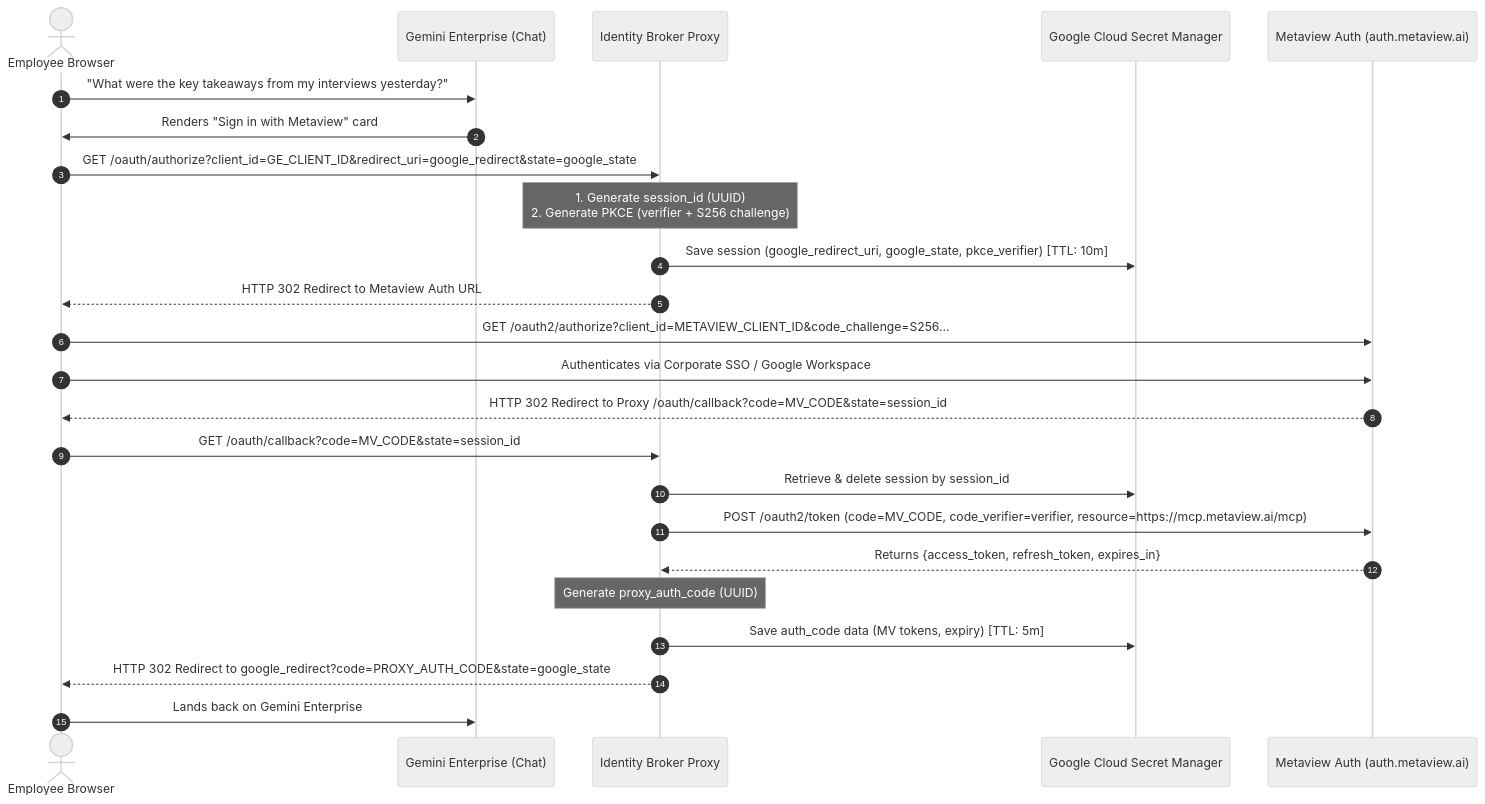
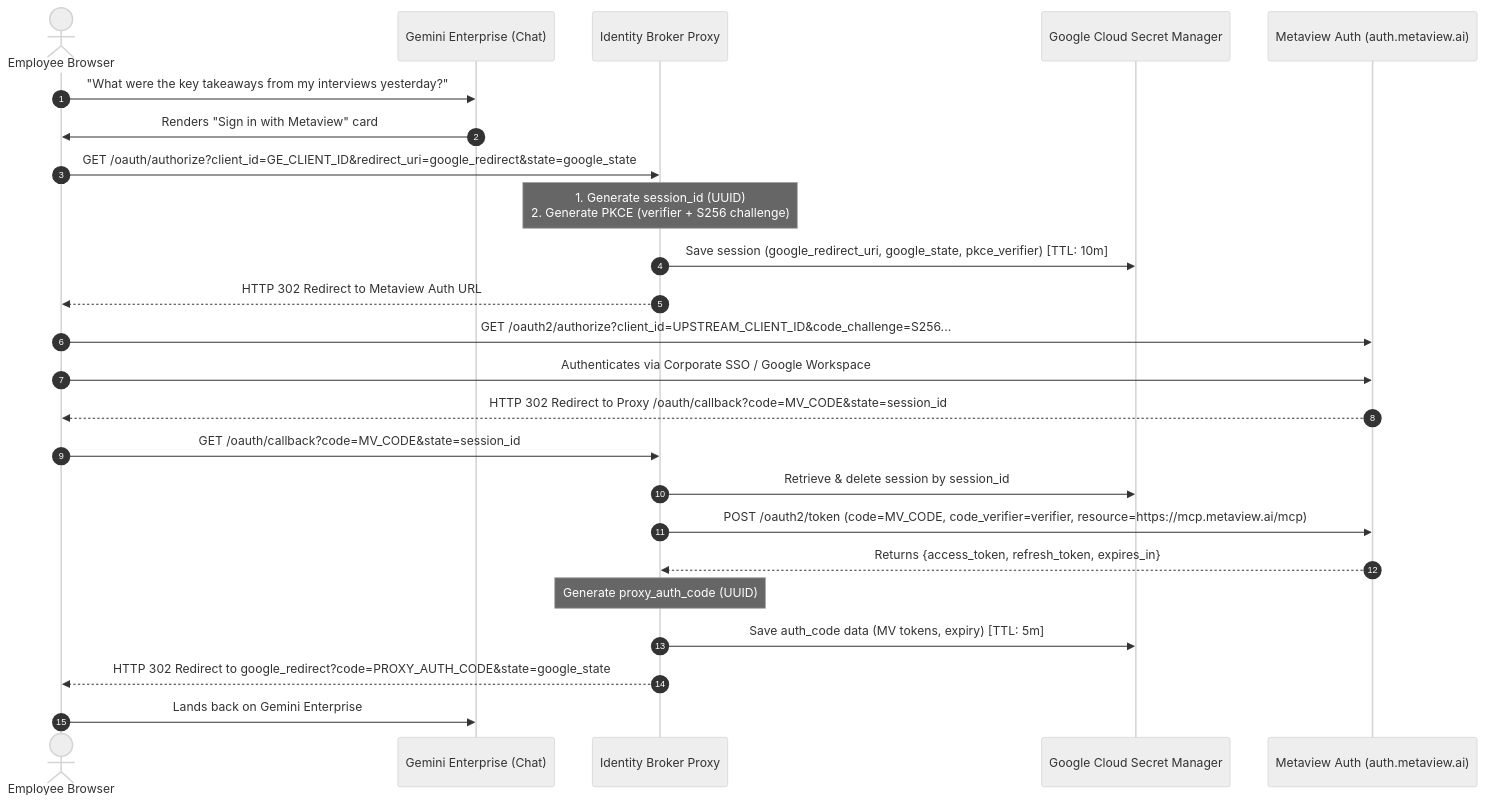
One commit to mpolski/ge-mcp-auth-proxy changed the first of 3 diagrams in docs/ARCHITECTURE.md. Above: the diagram before and after it, drawn with Mermaid (neutral theme). The commit also changed other lines of this file and 24 other files, not shown here.

````diff
--- a/docs/ARCHITECTURE.md
+++ b/docs/ARCHITECTURE.md
@@ -135,27 +144,27 @@
 ```mermaid
 sequenceDiagram
     autonumber
     actor User as Employee Browser
     participant GE as Gemini Enterprise (Chat)
     participant Proxy as Identity Broker Proxy
     participant SM as Google Cloud Secret Manager
     participant MVAuth as Metaview Auth (auth.metaview.ai)
 
     User->>GE: "What were the key takeaways from my interviews yesterday?"
     GE->>User: Renders "Sign in with Metaview" card
     User->>Proxy: GET /oauth/authorize?client_id=GE_CLIENT_ID&redirect_uri=google_redirect&state=google_state
     Note over Proxy: 1. Generate session_id (UUID)<br/>2. Generate PKCE (verifier + S256 challenge)
     Proxy->>SM: Save session (google_redirect_uri, google_state, pkce_verifier) [TTL: 10m]
     Proxy-->>User: HTTP 302 Redirect to Metaview Auth URL
-    User->>MVAuth: GET /oauth2/authorize?client_id=METAVIEW_CLIENT_ID&code_challenge=S256...
+    User->>MVAuth: GET /oauth2/authorize?client_id=UPSTREAM_CLIENT_ID&code_challenge=S256...
     User->>MVAuth: Authenticates via Corporate SSO / Google Workspace
     MVAuth-->>User: HTTP 302 Redirect to Proxy /oauth/callback?code=MV_CODE&state=session_id
     User->>Proxy: GET /oauth/callback?code=MV_CODE&state=session_id
     Proxy->>SM: Retrieve & delete session by session_id
     Proxy->>MVAuth: POST /oauth2/token (code=MV_CODE, code_verifier=verifier, resource=https://mcp.metaview.ai/mcp)
     MVAuth-->>Proxy: Returns {access_token, refresh_token, expires_in}
     Note over Proxy: Generate proxy_auth_code (UUID)
     Proxy->>SM: Save auth_code data (MV tokens, expiry) [TTL: 5m]
     Proxy-->>User: HTTP 302 Redirect to google_redirect?code=PROXY_AUTH_CODE&state=google_state
     User->>GE: Lands back on Gemini Enterprise
 ```
````
